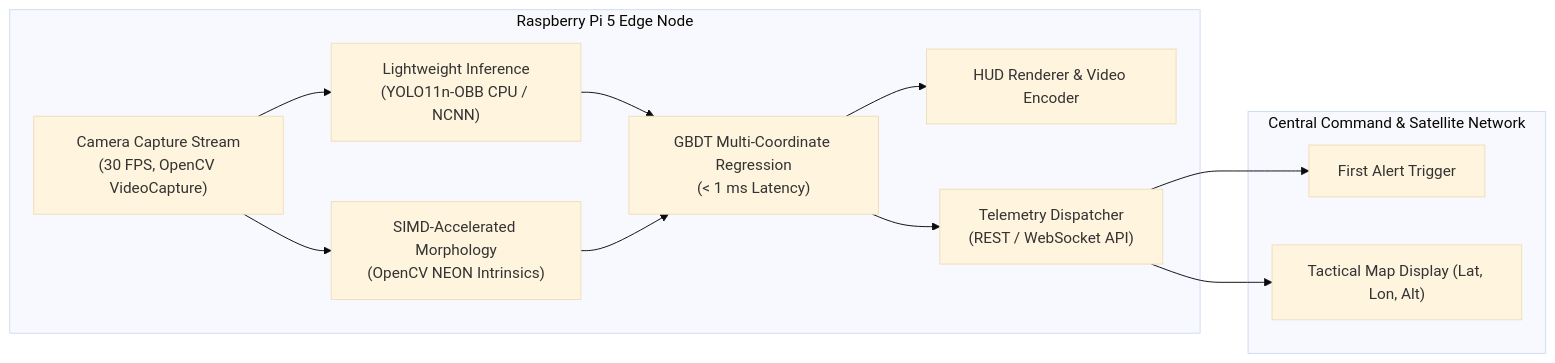
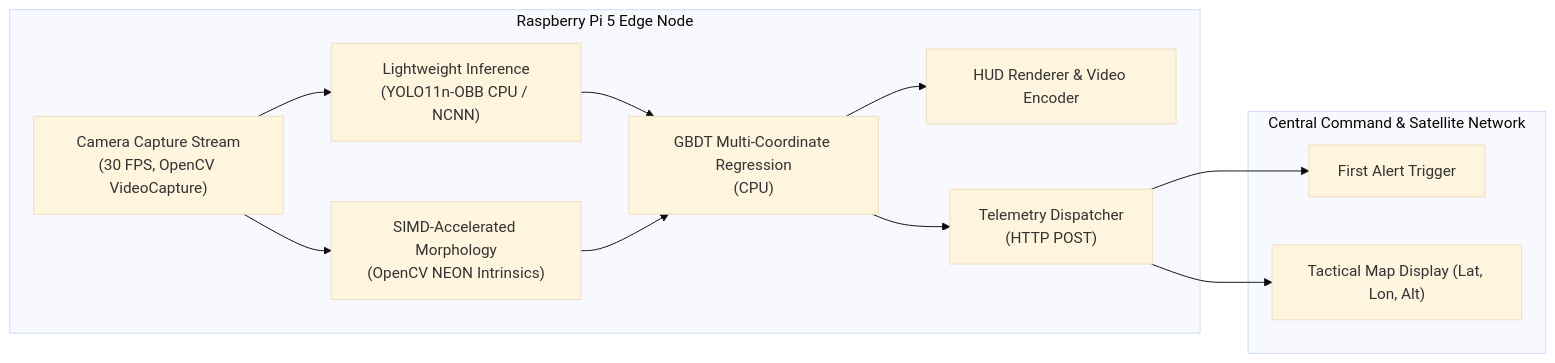
One commit to PS-Open-Fruit/AI-Drone-Detection changed the diagram in docs/04_edge_deployment.md. Above: the diagram before and after it, drawn with Mermaid (base theme). The commit also changed other lines of this file and 7 other files, not shown here.

````diff
--- a/docs/04_edge_deployment.md
+++ b/docs/04_edge_deployment.md
@@ -13,26 +13,26 @@
 ```mermaid
 graph LR
     subgraph Edge ["Raspberry Pi 5 Edge Node"]
         CamCapture["Camera Capture Stream\n(30 FPS, OpenCV VideoCapture)"]
         YoloNano["Lightweight Inference\n(YOLO11n-OBB CPU / NCNN)"]
         MorphSeg["SIMD-Accelerated Morphology\n(OpenCV NEON Intrinsics)"]
-        GBDT_Inference["GBDT Multi-Coordinate Regression\n(< 1 ms Latency)"]
+        GBDT_Inference["GBDT Multi-Coordinate Regression\n(CPU)"]
         HUD_Engine["HUD Renderer & Video Encoder"]
-        Dispatcher["Telemetry Dispatcher\n(REST / WebSocket API)"]
+        Dispatcher["Telemetry Dispatcher\n(HTTP POST)"]
         
         CamCapture --> YoloNano
         CamCapture --> MorphSeg
         YoloNano --> GBDT_Inference
         MorphSeg --> GBDT_Inference
         GBDT_Inference --> HUD_Engine
         GBDT_Inference --> Dispatcher
     end
 
     subgraph Command ["Central Command & Satellite Network"]
         Alert["First Alert Trigger"]
         Dash["Tactical Map Display (Lat, Lon, Alt)"]
     end
 
     Dispatcher --> Alert
     Dispatcher --> Dash
 ```
````
